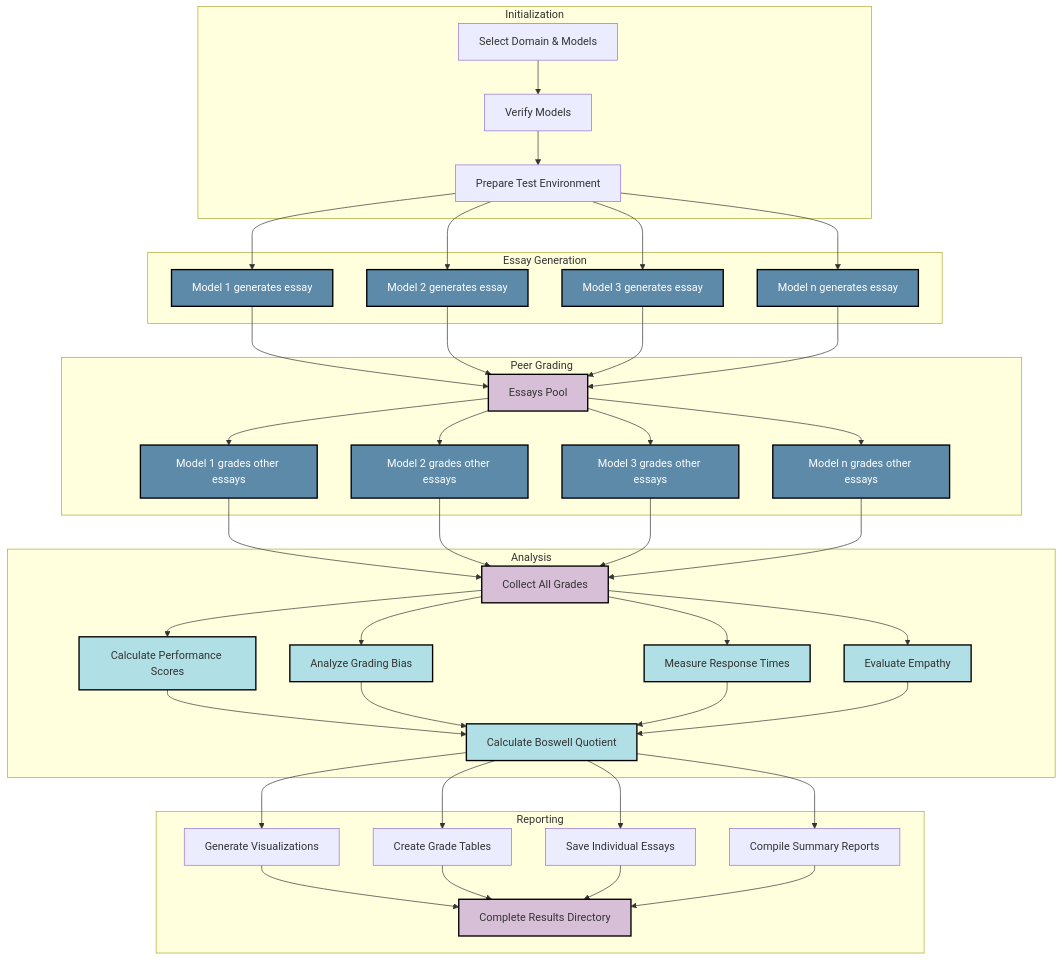
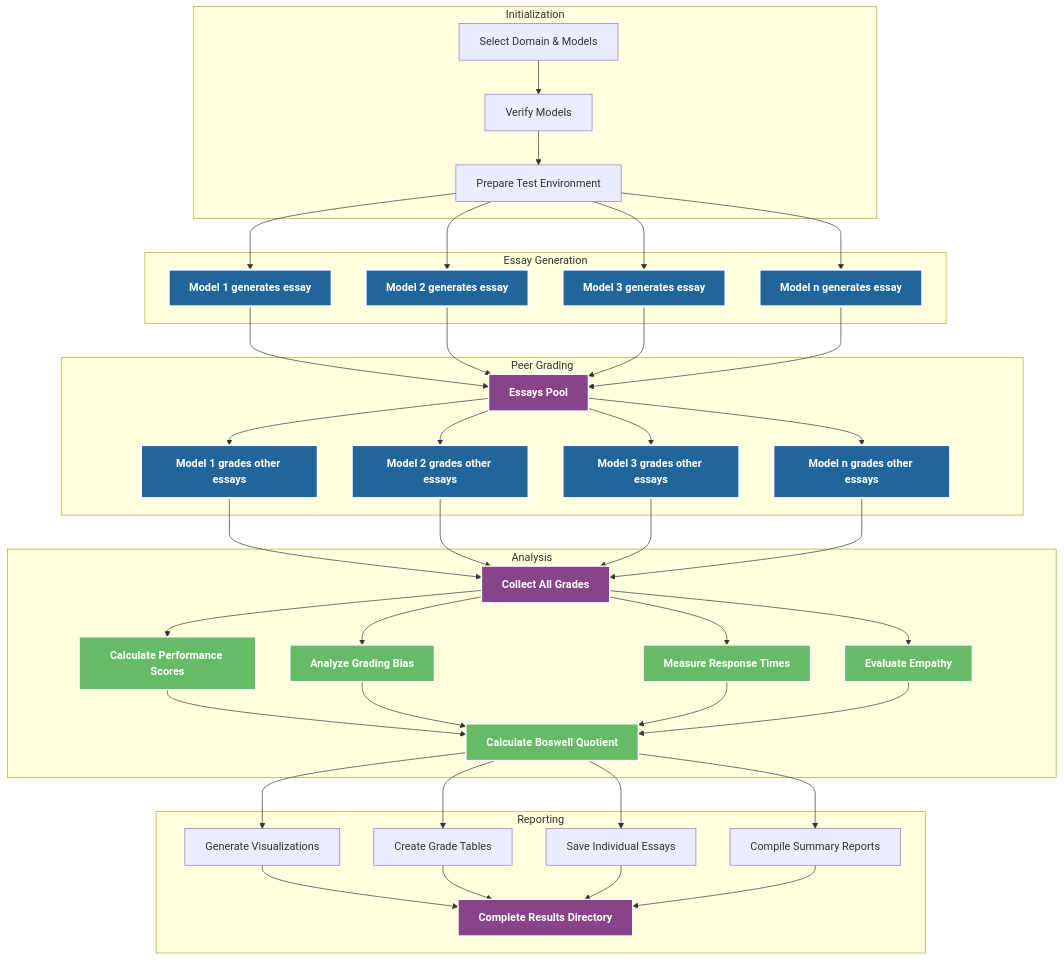
One commit to referential-ai/boswell-test changed the first of 3 diagrams in docs/technical/model_interaction.md. Above: the diagram before and after it, drawn with Mermaid. The commit also changed other lines of this file, not shown here.

````diff
--- a/docs/technical/model_interaction.md
+++ b/docs/technical/model_interaction.md
@@ -9,63 +9,63 @@
 ```mermaid
 flowchart TD
     subgraph Initialization
         A[Select Domain & Models] --> B[Verify Models]
         B --> C[Prepare Test Environment]
     end
 
     subgraph Essay Generation
         C --> D1[Model 1 generates essay]
         C --> D2[Model 2 generates essay]
         C --> D3[Model 3 generates essay]
         C --> Dn[Model n generates essay]
     end
 
     subgraph Peer Grading
         D1 --> E1[Essays Pool]
         D2 --> E1
         D3 --> E1
         Dn --> E1
         
         E1 --> F1[Model 1 grades other essays]
         E1 --> F2[Model 2 grades other essays]
         E1 --> F3[Model 3 grades other essays]
         E1 --> Fn[Model n grades other essays]
     end
 
     subgraph Analysis
         F1 --> G[Collect All Grades]
         F2 --> G
         F3 --> G
         Fn --> G
         
         G --> H1[Calculate Performance Scores]
         G --> H2[Analyze Grading Bias]
         G --> H3[Measure Response Times]
         G --> H4[Evaluate Empathy]
 
         H1 --> I[Calculate Boswell Quotient]
         H2 --> I
         H3 --> I
         H4 --> I
     end
 
     subgraph Reporting
         I --> J1[Generate Visualizations]
         I --> J2[Create Grade Tables]
         I --> J3[Save Individual Essays]
         I --> J4[Compile Summary Reports]
         
         J1 --> K[Complete Results Directory]
         J2 --> K
         J3 --> K
         J4 --> K
     end
 
-    classDef model fill:#5d8aa8,stroke:#000,stroke-width:2px,color:#fff
-    classDef data fill:#d8bfd8,stroke:#000,stroke-width:2px
-    classDef process fill:#b0e0e6,stroke:#000,stroke-width:2px
+    classDef model fill:#226699,stroke:#fff,stroke-width:3px,color:#fff,font-weight:bold
+    classDef data fill:#884488,stroke:#fff,stroke-width:2px,color:#fff,font-weight:bold
+    classDef process fill:#66BB66,stroke:#fff,stroke-width:2px,color:#fff,font-weight:bold
     
     class D1,D2,D3,Dn,F1,F2,F3,Fn model
     class E1,G,K data
     class H1,H2,H3,H4,I process
 ```
````
